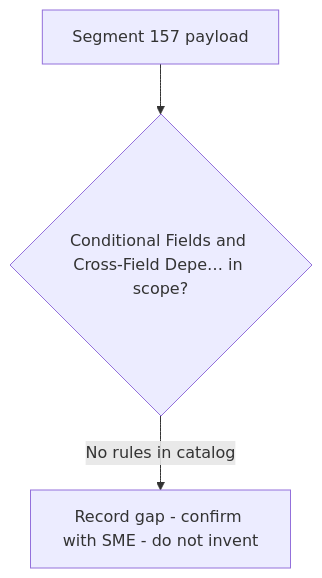
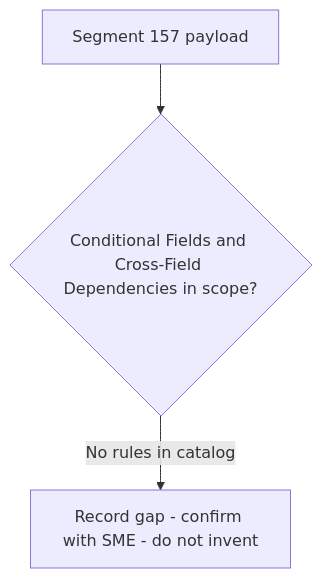
Before and after one commit to DhanSingh-hub/core-auth-ai-validation-framework: the diagram in regression-artifact-validator/specifications/ATL105/docs/specs/kb/segment-157/conditional-dependency-rules-flow.md, drawn with Mermaid. The commit also changed 150 other files, not shown here.

````diff
--- a/regression-artifact-validator/specifications/ATL105/docs/specs/kb/segment-157/conditional-dependency-rules-flow.md
+++ b/regression-artifact-validator/specifications/ATL105/docs/specs/kb/segment-157/conditional-dependency-rules-flow.md
@@ -3,5 +3,5 @@
 ```mermaid
 flowchart TD
-    A[Segment 157 payload] --> B{Conditional Fields and Cross-Field Depe… in scope?}
+    A[Segment 157 payload] --> B{Conditional Fields and Cross-Field Dependencies in scope?}
     B -->|No rules in catalog| G[Record gap - confirm with SME - do not invent]
 ```
````
